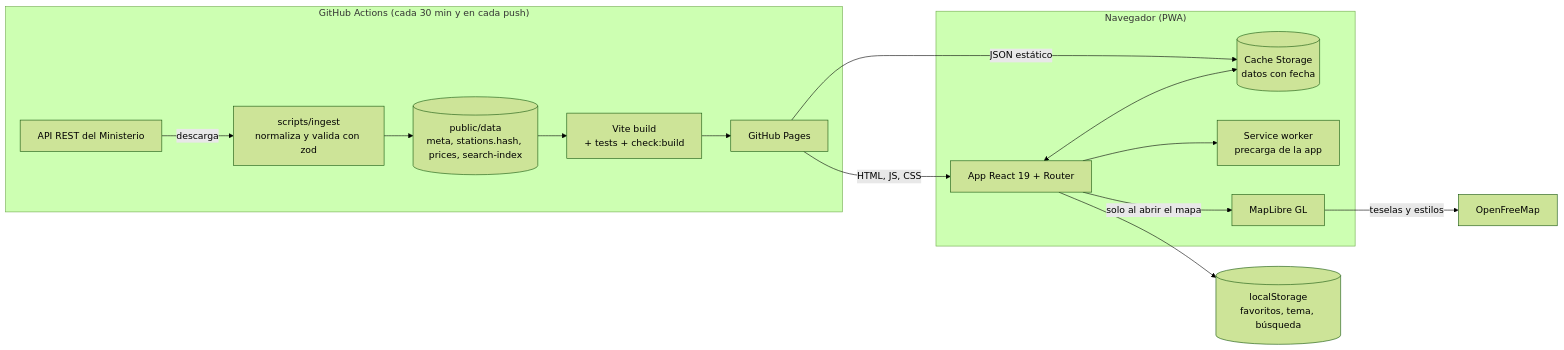
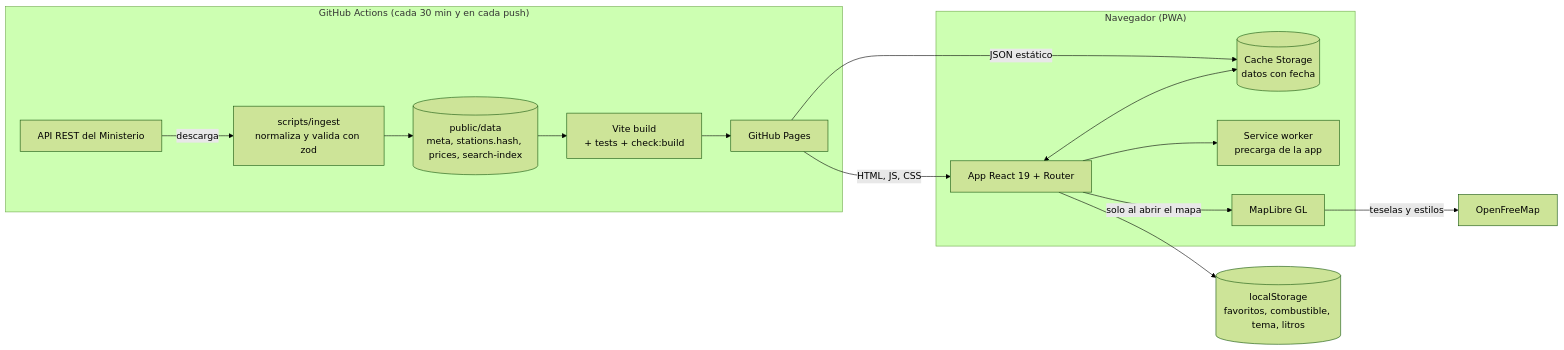
Before and after one commit to akaminmen/gasora: the diagram in README.md, drawn with Mermaid (forest theme). The commit also changed other lines of this file and 3 other files, not shown here.

````diff
--- a/README.md
+++ b/README.md
@@ -36,18 +36,18 @@
 ```mermaid
 flowchart LR
   subgraph Programado["GitHub Actions (cada 30 min y en cada push)"]
     A[API REST del Ministerio] -->|descarga| B[scripts/ingest<br/>normaliza y valida con zod]
     B --> C[(public/data<br/>meta, stations.hash, prices, search-index)]
     C --> D[Vite build<br/>+ tests + check:build]
     D --> E[GitHub Pages]
   end
   subgraph Navegador["Navegador (PWA)"]
     E -->|HTML, JS, CSS| F[App React 19 + Router]
     E -->|JSON estático| G[(Cache Storage<br/>datos con fecha)]
     F <--> G
     F --> H[Service worker<br/>precarga de la app]
     F -->|solo al abrir el mapa| I[MapLibre GL]
   end
   I -->|teselas y estilos| J[OpenFreeMap]
-  F --> K[(localStorage<br/>favoritos, tema, búsqueda)]
+  F --> K[(localStorage<br/>favoritos, combustible, tema, litros)]
 ```
````
